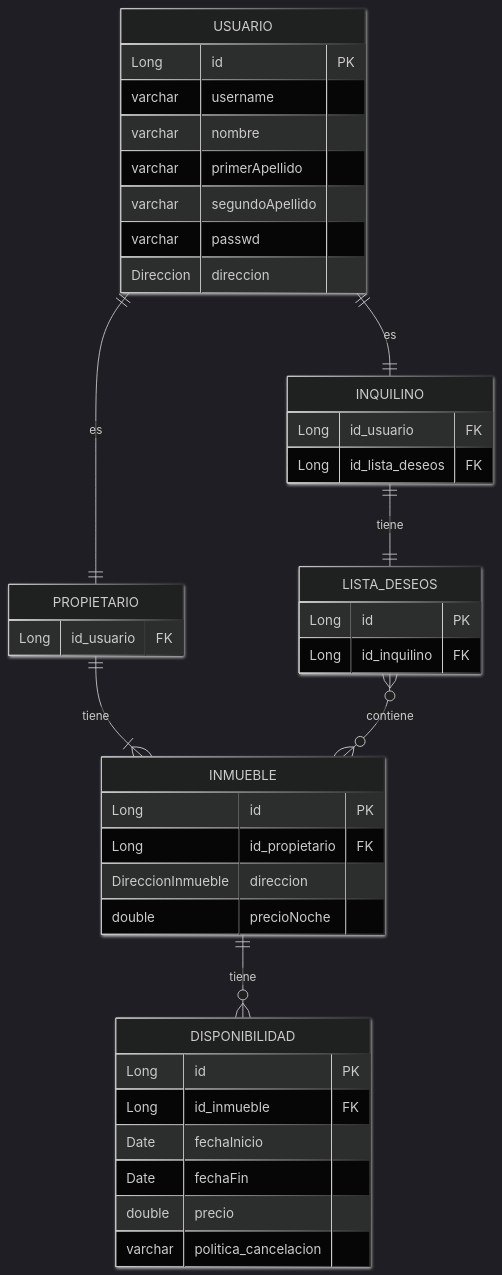
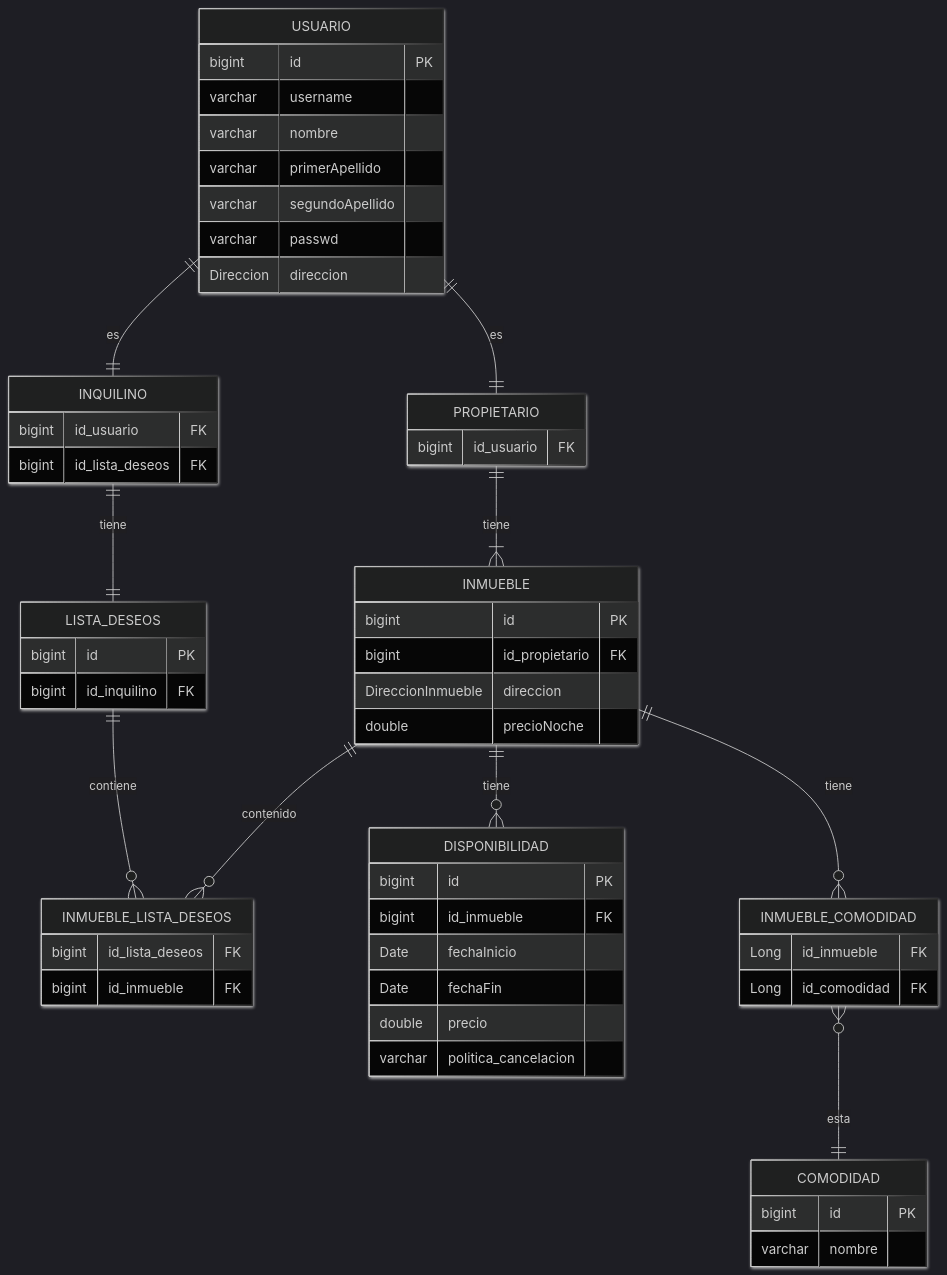
The second of 2 diagrams in README.md (elterror6/BCKROOM), drawn with Mermaid (dark theme) before and after one commit. The commit also changed other lines of this file and 2 other files, not shown here.

Commit message:
feat(#22): Modelado de la base de datos y del diagrama de clases para las comodidades.

````diff
--- a/README.md
+++ b/README.md
@@ -177,56 +190,73 @@
 ```mermaid
 ---
 config:
   layout: dagre
   look: neo
 ---
 erDiagram
 	direction TB
 	USUARIO {
-		Long id PK ""  
+		bigint id PK ""  
 		varchar username  ""  
 		varchar nombre  ""  
 		varchar primerApellido  ""  
 		varchar segundoApellido  ""  
 		varchar passwd  ""  
 		Direccion direccion  ""  
 	}
 
 	INQUILINO {
-		Long id_usuario FK ""  
-		Long id_lista_deseos FK ""  
+		bigint id_usuario FK ""  
+		bigint id_lista_deseos FK ""  
 	}
 
 	PROPIETARIO {
-		Long id_usuario FK ""  
+		bigint id_usuario FK ""  
 	}
 
 	INMUEBLE {
-		Long id PK ""  
-		Long id_propietario FK ""  
+		bigint id PK ""  
+		bigint id_propietario FK ""  
 		DireccionInmueble direccion  ""  
 		double precioNoche  ""  
 	}
 
 	LISTA_DESEOS {
-		Long id PK ""  
-		Long id_inquilino FK ""  
+		bigint id PK ""  
+		bigint id_inquilino FK ""  
+	}
+
+	INMUEBLE_LISTA_DESEOS {
+		bigint id_lista_deseos FK
+		bigint id_inmueble FK
 	}
 
 	DISPONIBILIDAD {
-		Long id PK
-		Long id_inmueble FK
+		bigint id PK
+		bigint id_inmueble FK
 		Date fechaInicio
 		Date fechaFin
 		double precio
 		varchar politica_cancelacion
 	}
 
+	COMODIDAD {
+		bigint id PK
+		varchar nombre
+	}
+
+	INMUEBLE_COMODIDAD {
+		Long id_inmueble FK
+		Long id_comodidad FK
+	}
+
 	USUARIO||--||INQUILINO:"es"
 	USUARIO||--||PROPIETARIO:"es"
 	PROPIETARIO||--|{INMUEBLE:"tiene"
 	INQUILINO||--||LISTA_DESEOS:"tiene"
-	LISTA_DESEOS}o--o{INMUEBLE:"contiene"
+	LISTA_DESEOS ||--o{ INMUEBLE_LISTA_DESEOS: "contiene"
+	INMUEBLE ||--o{ INMUEBLE_LISTA_DESEOS: "contenido"
 	INMUEBLE ||--o{ DISPONIBILIDAD: "tiene"
-	
+	INMUEBLE ||--o{ INMUEBLE_COMODIDAD: "tiene"
+	INMUEBLE_COMODIDAD }o--|| COMODIDAD: "esta"
 ```
````
